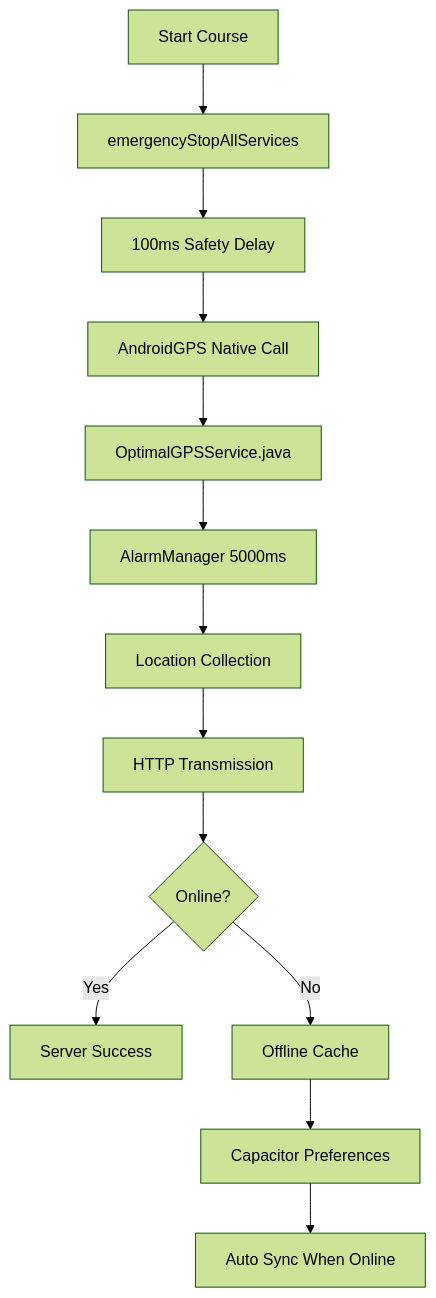
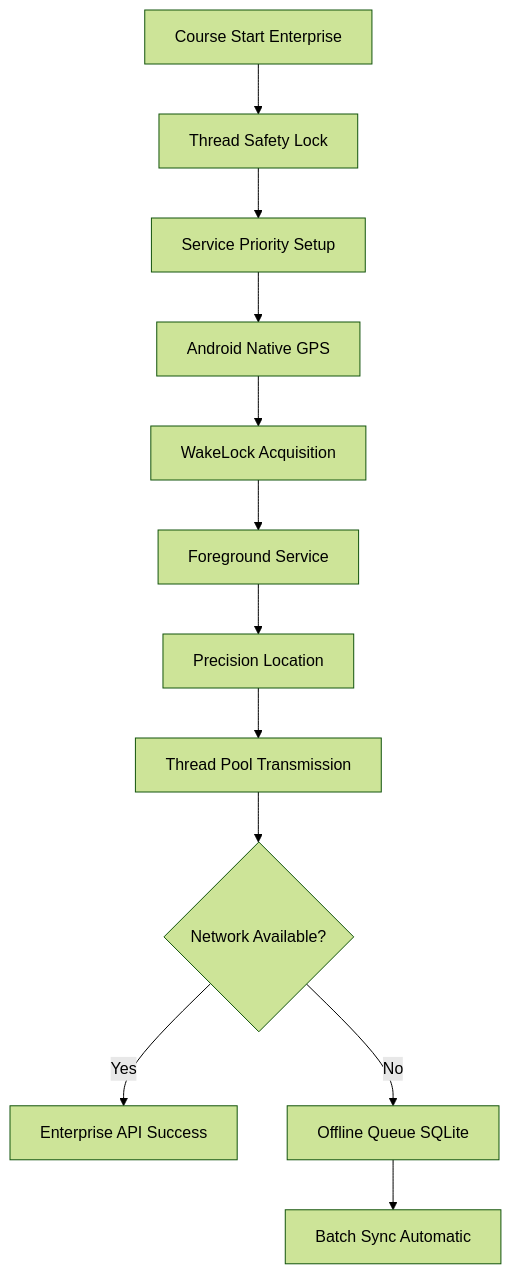
Before and after one commit to emsici/iTrack: the second of 3 diagrams in PREZENTARE_BUSINESS_iTrack.md, drawn with Mermaid (forest theme). The commit also changed other lines of this file and 5 other files, not shown here.

````diff
--- a/PREZENTARE_BUSINESS_iTrack.md
+++ b/PREZENTARE_BUSINESS_iTrack.md
@@ -242,15 +222,14 @@
 ```mermaid
 graph TD
-    A[Start Course] --> B[emergencyStopAllServices]
-    B --> C[100ms Safety Delay]
-    C --> D[AndroidGPS Native Call]
-    D --> E[OptimalGPSService.java]
-    E --> F[AlarmManager 5000ms]
-    F --> G[Location Collection]
-    G --> H[HTTP Transmission]
-    H --> I{Online?}
-    I -->|Yes| J[Server Success]
-    I -->|No| K[Offline Cache]
-    K --> L[Capacitor Preferences]
-    L --> M[Auto Sync When Online]
+    A[Course Start Enterprise] --> B[Thread Safety Lock]
+    B --> C[Service Priority Setup]
+    C --> D[Android Native GPS]
+    D --> E[WakeLock Acquisition]
+    E --> F[Foreground Service]
+    F --> G[Precision Location]
+    G --> H[Thread Pool Transmission]
+    H --> I{Network Available?}
+    I -->|Yes| J[Enterprise API Success]
+    I -->|No| K[Offline Queue SQLite]
+    K --> L[Batch Sync Automatic]
 ```
````
